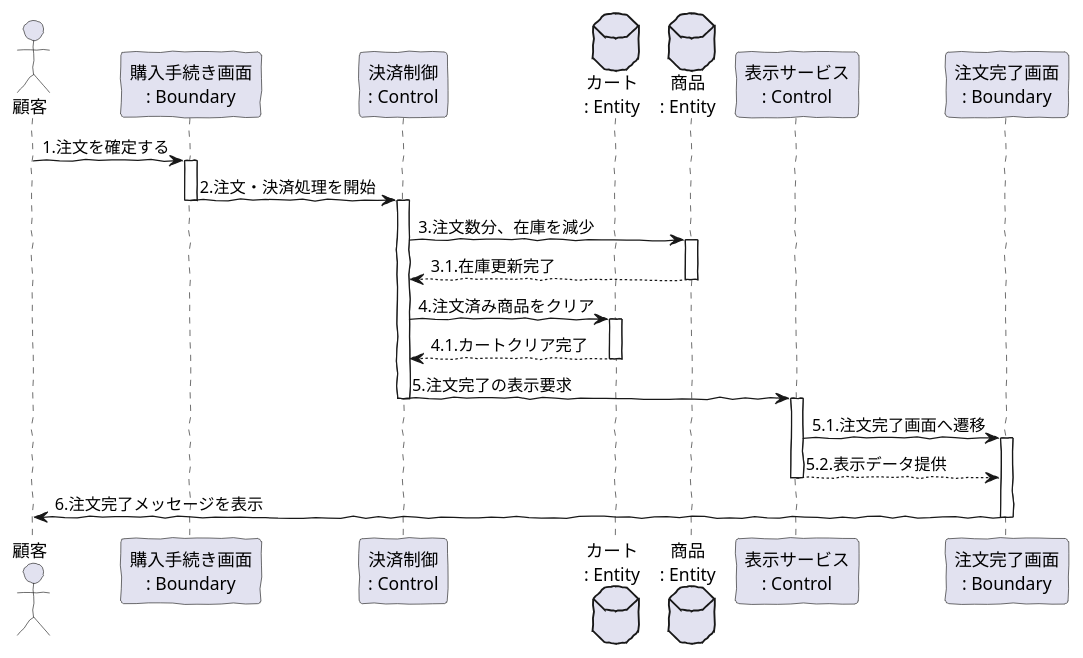
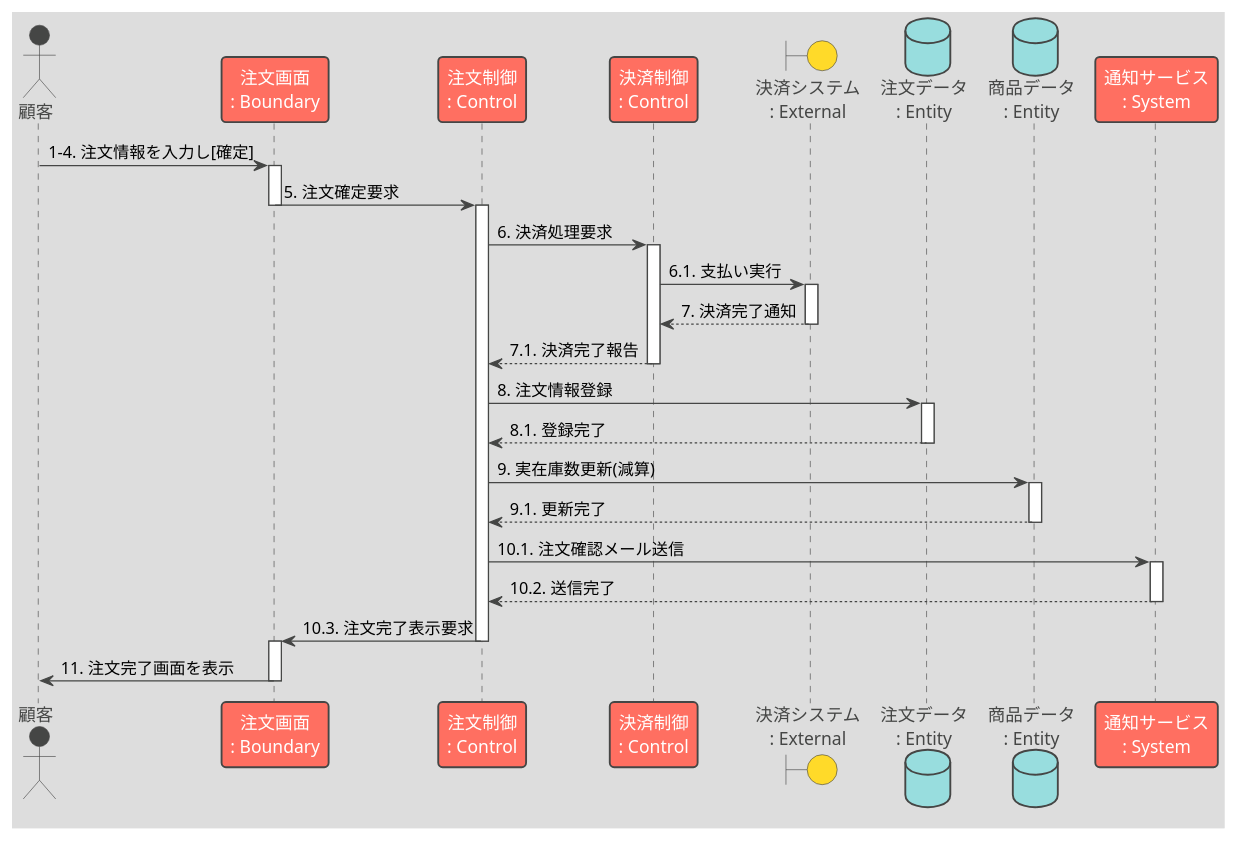
One commit to mameiku/group3-4 changed the diagram in Sequence_tyumon.pu. Above: the diagram before and after it, drawn with PlantUML. The commit also changed 2 other files, not shown here.

Commit message:
シーケンス図変更

```diff
--- a/Sequence_tyumon.pu
+++ b/Sequence_tyumon.pu
@@ -1,48 +1,56 @@
 @startuml
-skinparam handwritten true
-skinparam style "rounded"
+!theme toy
 
 actor 顧客
-participant "購入手続き画面\n: Boundary" as Boundary_Checkout
+participant "注文画面\n: Boundary" as Boundary_OrderForm
+participant "注文制御\n: Control" as Control_Order
 participant "決済制御\n: Control" as Control_Payment
-database "カート\n: Entity" as Entity_Cart
-database "商品\n: Entity" as Entity_Product
-participant "表示サービス\n: Control" as Control_Display
-participant "注文完了画面\n: Boundary" as Boundary_Complete
+boundary "決済システム\n: External" as External_Payment
+database "注文データ\n: Entity" as Entity_Order
+database "商品データ\n: Entity" as Entity_Product
+participant "通知サービス\n: System" as Service_Notification
 
-' 1. 購入手続き画面へ
-顧客 -> Boundary_Checkout : 1.注文を確定する
-activate Boundary_Checkout
+' 1-4. 注文確定まで (画面操作)
+顧客 -> Boundary_OrderForm : 1-4. 注文情報を入力し[確定]
+activate Boundary_OrderForm
 
-' 2. 決済制御の開始（図の「決済完了」）
-Boundary_Checkout -> Control_Payment : 2.注文・決済処理を開始
-deactivate Boundary_Checkout
+' 5. 注文制御開始 (検証を含む)
+Boundary_OrderForm -> Control_Order : 5. 注文確定要求
+deactivate Boundary_OrderForm
+activate Control_Order
+
+' 6-7. 決済連携
+Control_Order -> Control_Payment : 6. 決済処理要求
 activate Control_Payment
+Control_Payment -> External_Payment : 6.1. 支払い実行
+activate External_Payment
+External_Payment --> Control_Payment : 7. 決済完了通知
+deactivate External_Payment
+Control_Payment --> Control_Order : 7.1. 決済完了報告
+deactivate Control_Payment
 
-' 決済処理（外部連携は省略し、制御内で完了したと見なす）
+' 8. 注文情報の確定・登録
+Control_Order -> Entity_Order : 8. 注文情報登録
+activate Entity_Order
+Entity_Order --> Control_Order : 8.1. 登録完了
+deactivate Entity_Order
 
-' 3. 在庫数の更新（商品エンティティの更新）
-Control_Payment -> Entity_Product : 3.注文数分、在庫を減少
+' 9. 在庫数の更新（実在庫減算）
+Control_Order -> Entity_Product : 9. 実在庫数更新(減算)
 activate Entity_Product
-Entity_Product --> Control_Payment : 3.1.在庫更新完了
+Entity_Product --> Control_Order : 9.1. 更新完了
 deactivate Entity_Product
 
-' 4. カートのクリア（カートエンティティの更新）
-Control_Payment -> Entity_Cart : 4.注文済み商品をクリア
-activate Entity_Cart
-Entity_Cart --> Control_Payment : 4.1.カートクリア完了
-deactivate Entity_Cart
+' 10. 注文完了画面表示とメール送信
+Control_Order -> Service_Notification : 10.1. 注文確認メール送信
+activate Service_Notification
+Service_Notification --> Control_Order : 10.2. 送信完了
+deactivate Service_Notification
 
-' 5. 注文完了のメッセージ表示（図の「表示」）
-Control_Payment -> Control_Display : 5.注文完了の表示要求
-deactivate Control_Payment
-activate Control_Display
-Control_Display -> Boundary_Complete : 5.1.注文完了画面へ遷移
-activate Boundary_Complete
+Control_Order -> Boundary_OrderForm : 10.3. 注文完了表示要求
+deactivate Control_Order
+activate Boundary_OrderForm
 
-Control_Display --> Boundary_Complete : 5.2.表示データ提供
-deactivate Control_Display
-
-Boundary_Complete -> 顧客 : 6.注文完了メッセージを表示
-deactivate Boundary_Complete
+Boundary_OrderForm -> 顧客 : 11. 注文完了画面を表示
+deactivate Boundary_OrderForm
 @enduml
```
